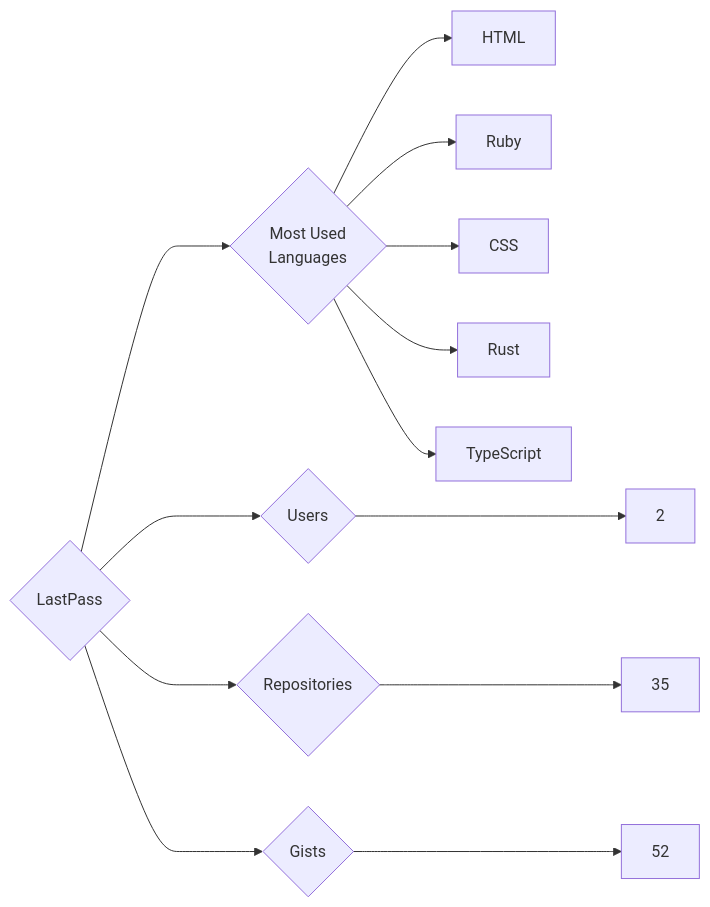
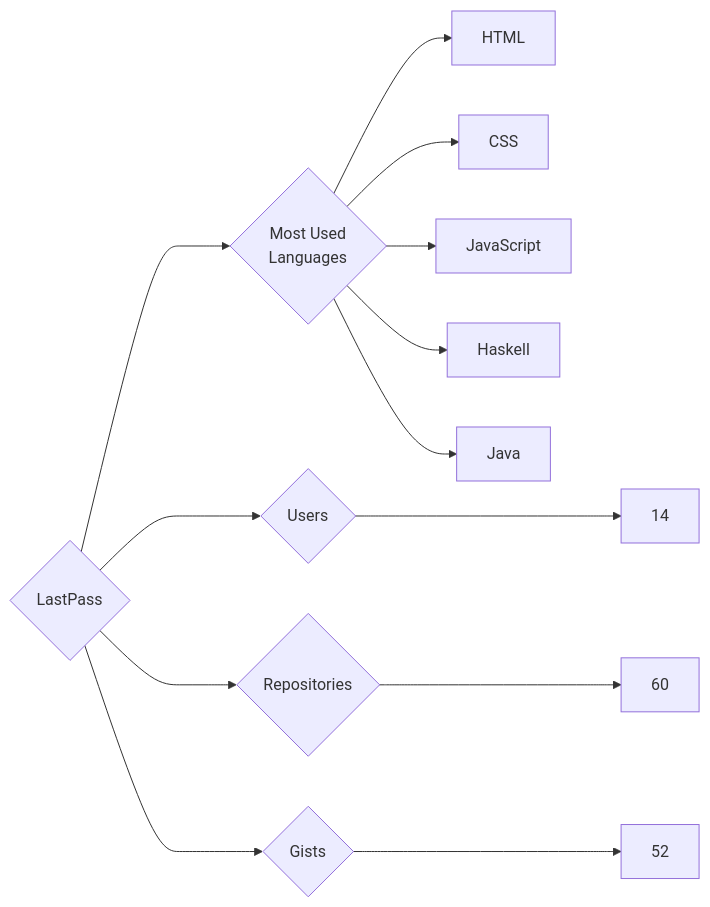
One commit to trickest/insiders changed the diagram in targets/LastPass/README.md. Above: the diagram before and after it, drawn with Mermaid. The commit also changed 874 other files, not shown here.

````diff
--- a/targets/LastPass/README.md
+++ b/targets/LastPass/README.md
@@ -3,13 +3,13 @@
 ```mermaid
 graph LR
 COMPANY_NAME{LastPass}
-COMPANY_NAME ---> U{Users} ---> UN[2]
-COMPANY_NAME ---> R{Repositories} ---> RN[35]
+COMPANY_NAME ---> U{Users} ---> UN[14]
+COMPANY_NAME ---> R{Repositories} ---> RN[60]
 COMPANY_NAME ---> G{Gists} ---> GN[52]
 COMPANY_NAME ---> ML{Most Used<br>Languages}
 ML --> HTML[HTML]
-ML --> Ruby[Ruby]
 ML --> CSS[CSS]
-ML --> Rust[Rust]
-ML --> TypeScript[TypeScript]
+ML --> JavaScript[JavaScript]
+ML --> Haskell[Haskell]
+ML --> Java[Java]
 ```
````
